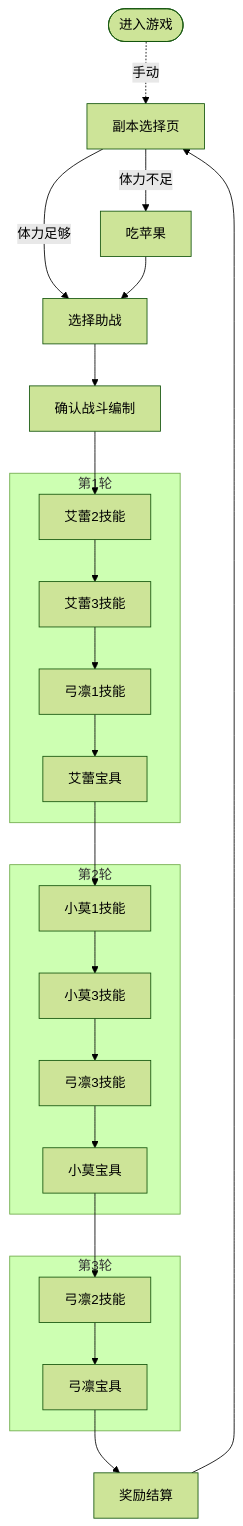
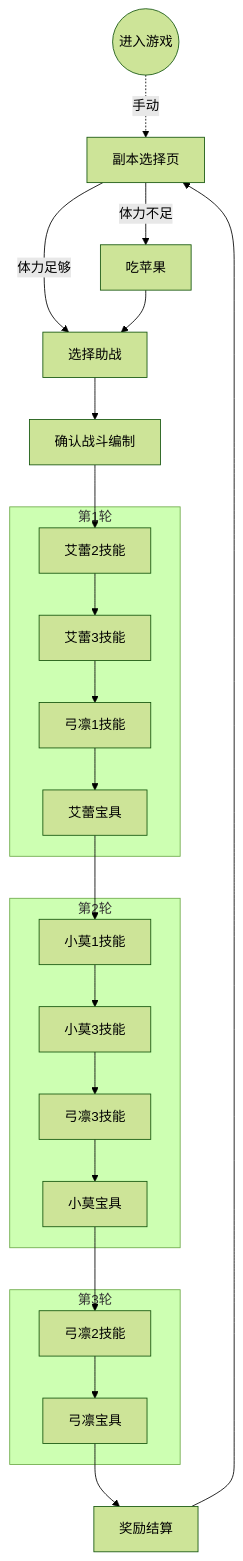
The diagram in _posts/2019-12-22-针对FGO的自动化测试实践.md (erennere/erennere.github.io), drawn with Mermaid (forest theme) before and after one commit. The commit also changed other lines of this file and 615 other files, not shown here.

````diff
--- a/_posts/2019-12-22-针对FGO的自动化测试实践.md
+++ b/_posts/2019-12-22-针对FGO的自动化测试实践.md
@@ -108,26 +107,26 @@
 ```mermaid
-flowchart TB
-N([进入游戏])-.手动.->L
+graph TB
+N((进入游戏))-.手动.->L
 L--体力足够-->Y[选择助战]
 L--体力不足-->M[吃苹果]
 M-->Y
 Y-->Z[确认战斗编制]
 Z-->A[艾蕾2技能]
 subgraph 第1轮
 A-->B[艾蕾3技能]
 B-->C[弓凛1技能]
 C-->D[艾蕾宝具]
 end
 subgraph 第2轮
 D-->E[小莫1技能]
 E-->F[小莫3技能]
 F-->G[弓凛3技能]
 G-->H[小莫宝具]
 end
 subgraph 第3轮
 H-->I[弓凛2技能]
 I-->J[弓凛宝具]
 end
 J-->K[奖励结算]
 K-->L[副本选择页]
 ```
````
